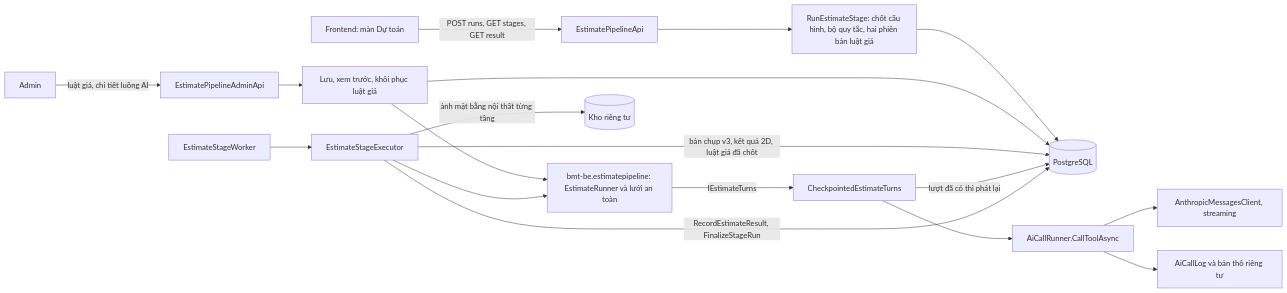
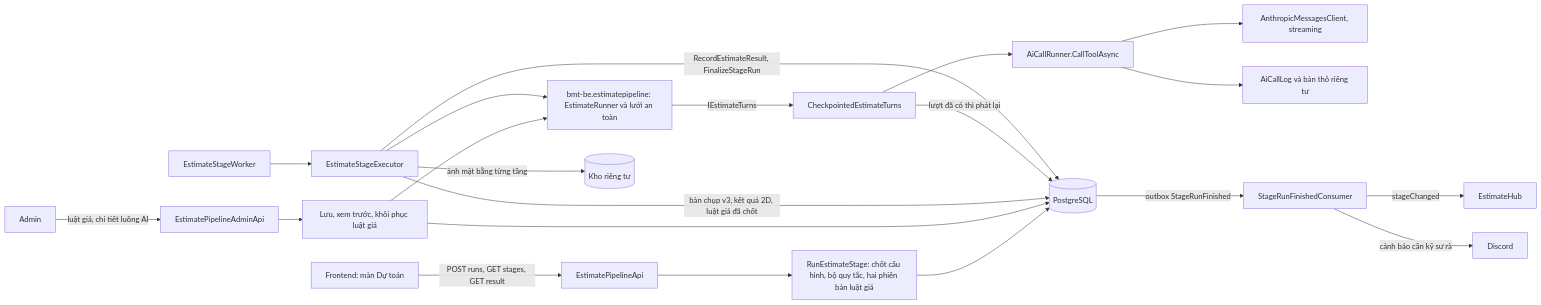
The first of 5 diagrams in tdd/TDD-PROJ-009.md (TaskCoper/bmt-documentation), drawn with Mermaid before and after one commit. The commit also changed other lines of this file and 5 other files, not shown here.

````diff
--- a/tdd/TDD-PROJ-009.md
+++ b/tdd/TDD-PROJ-009.md
@@ -94,20 +97,23 @@
 ```mermaid
 flowchart LR
     FE["Frontend: màn Dự toán"] -->|"POST runs, GET stages, GET result"| API[EstimatePipelineApi]
     ADM[Admin] -->|"luật giá, chi tiết luồng AI"| AAPI[EstimatePipelineAdminApi]
     API --> RUN["RunEstimateStage: chốt cấu hình, bộ quy tắc, hai phiên bản luật giá"]
     RUN --> DB[(PostgreSQL)]
     AAPI --> PR["Lưu, xem trước, khôi phục luật giá"]
     PR --> LIB
     PR --> DB
     W[EstimateStageWorker] --> X[EstimateStageExecutor]
     X -->|"bản chụp v3, kết quả 2D, luật giá đã chốt"| DB
-    X -->|"ảnh mặt bằng nội thất từng tầng"| S[(Kho riêng tư)]
+    X -->|"ảnh mặt bằng từng tầng"| S[(Kho riêng tư)]
     X --> LIB["bmt-be.estimatepipeline: EstimateRunner và lưới an toàn"]
     LIB -->|"IEstimateTurns"| T[CheckpointedEstimateTurns]
     T -->|"lượt đã có thì phát lại"| DB
     T --> R["AiCallRunner.CallToolAsync"]
     R --> ANT["AnthropicMessagesClient, streaming"]
     R --> LOG["AiCallLog và bản thô riêng tư"]
     X -->|"RecordEstimateResult, FinalizeStageRun"| DB
+    DB -->|"outbox StageRunFinished"| C[StageRunFinishedConsumer]
+    C -->|"stageChanged"| HUB[EstimateHub]
+    C -->|"cảnh báo cần kỹ sư rà"| DIS[Discord]
 ```
````
